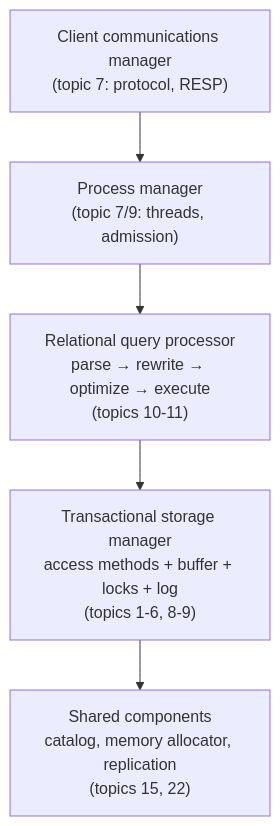
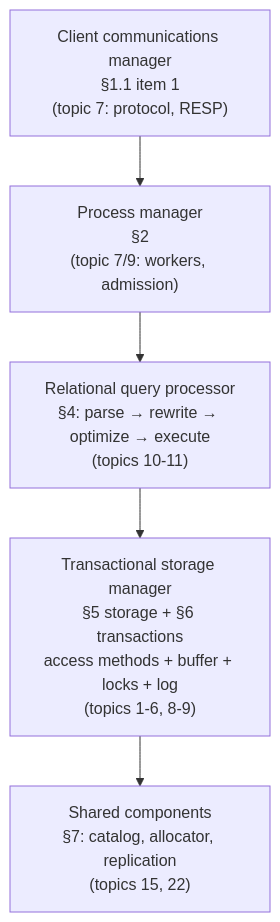
One commit to AviAvni/database-learning-path changed the diagram in topics/01-storage-engine-landscape/reading-architecture-of-a-dbms.md. Above: the diagram before and after it, drawn with Mermaid. The commit also changed other lines of this file and 7 other files, not shown here.

````diff
--- a/topics/01-storage-engine-landscape/reading-architecture-of-a-dbms.md
+++ b/topics/01-storage-engine-landscape/reading-architecture-of-a-dbms.md
@@ -134,7 +401,7 @@
 ```mermaid
 flowchart TB
-    CM["Client communications manager<br/>(topic 7: protocol, RESP)"] --> PC["Process manager<br/>(topic 7/9: threads, admission)"]
-    PC --> RP["Relational query processor<br/>parse → rewrite → optimize → execute<br/>(topics 10-11)"]
-    RP --> TS["Transactional storage manager<br/>access methods + buffer + locks + log<br/>(topics 1-6, 8-9)"]
-    TS --> SC["Shared components<br/>catalog, memory allocator, replication<br/>(topics 15, 22)"]
+    CM["Client communications manager<br/>§1.1 item 1<br/>(topic 7: protocol, RESP)"] --> PC["Process manager<br/>§2<br/>(topic 7/9: workers, admission)"]
+    PC --> RP["Relational query processor<br/>§4: parse → rewrite → optimize → execute<br/>(topics 10-11)"]
+    RP --> TS["Transactional storage manager<br/>§5 storage + §6 transactions<br/>access methods + buffer + locks + log<br/>(topics 1-6, 8-9)"]
+    TS --> SC["Shared components<br/>§7: catalog, allocator, replication<br/>(topics 15, 22)"]
 ```
````
